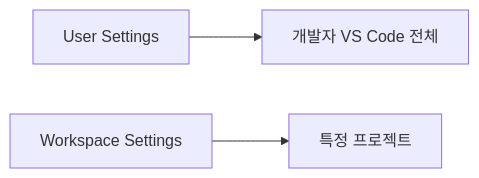
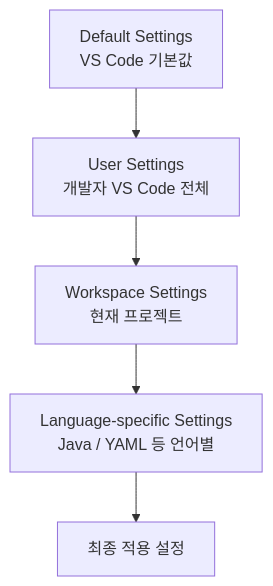
The third of 4 diagrams in docs/01_project_start/02_environment/vscode/vscode_install_basic_setup.md (Team-Microserver/microserver-docs), drawn with Mermaid before and after one commit. The commit also changed other lines of this file and 9 other files, not shown here.

````diff
--- a/docs/01_project_start/02_environment/vscode/vscode_install_basic_setup.md
+++ b/docs/01_project_start/02_environment/vscode/vscode_install_basic_setup.md
@@ -332,5 +1189,9 @@
 ```mermaid
-flowchart LR
-    U[User Settings] --> PC[개발자 VS Code 전체]
-    W[Workspace Settings] --> PRJ[특정 프로젝트]
+flowchart TD
+    D["Default Settings<br/>VS Code 기본값"]
+    --> U["User Settings<br/>개발자 VS Code 전체"]
+    --> W["Workspace Settings<br/>현재 프로젝트"]
+    --> L["Language-specific Settings<br/>Java / YAML 등 언어별"]
+
+    L --> R["최종 적용 설정"]
 ```
````
